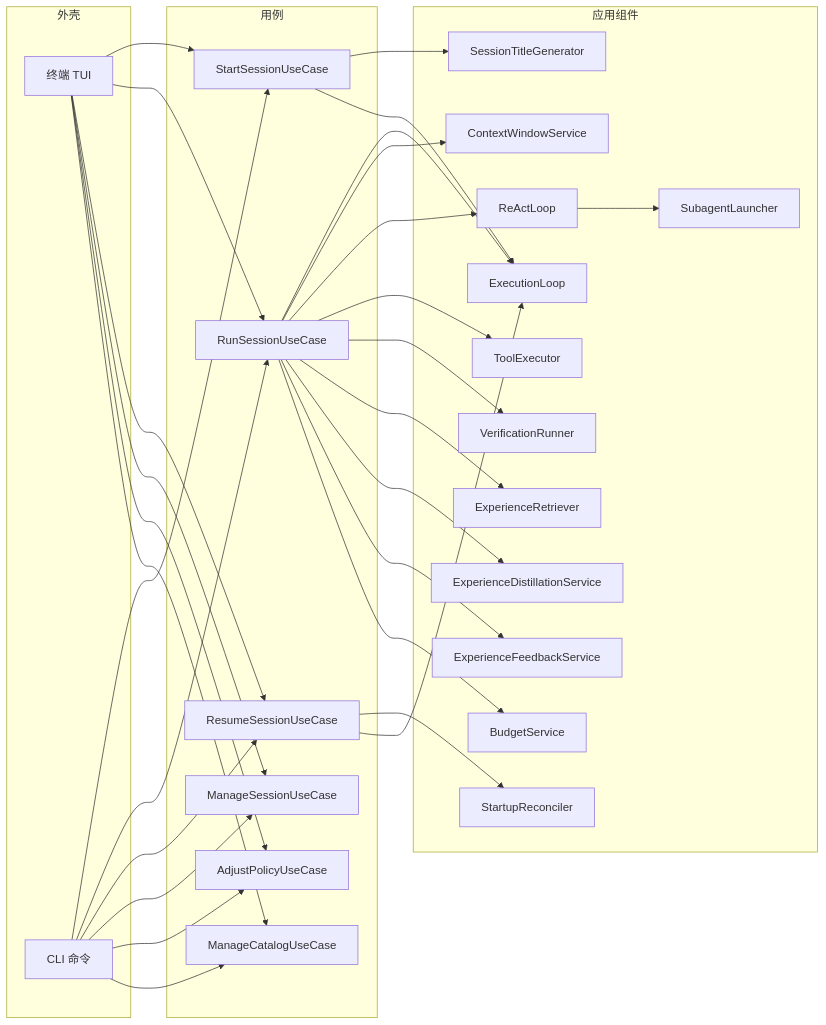
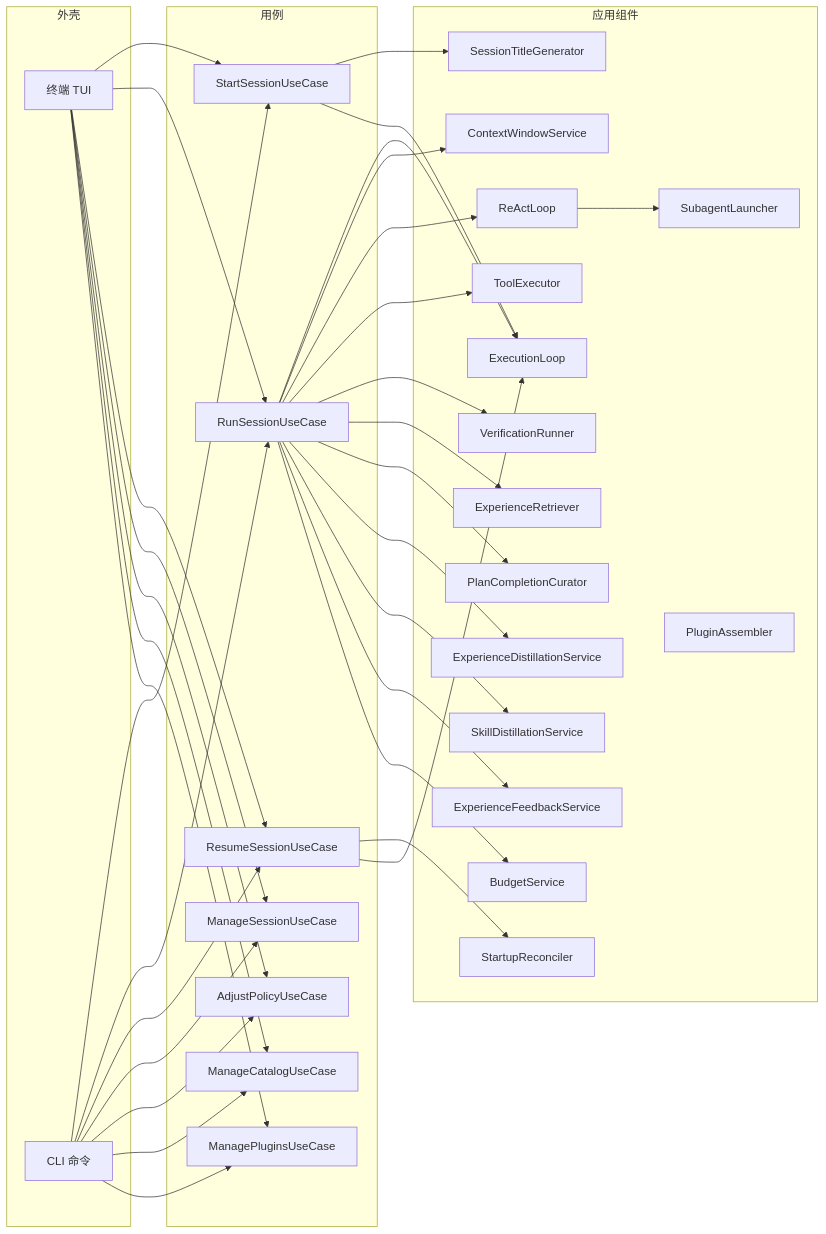
Before and after one commit to zcd0831/Jellyfish-Docs: the second of 10 diagrams in model/模块-应用层.md, drawn with Mermaid. The commit also changed other lines of this file and 16 other files, not shown here.

````diff
--- a/model/模块-应用层.md
+++ b/model/模块-应用层.md
@@ -41,36 +41,40 @@
 ```mermaid
 flowchart LR
     subgraph 外壳
         TUI["终端 TUI"]
         CLI["CLI 命令"]
     end
     subgraph 用例
         U1[StartSessionUseCase]
         U2[RunSessionUseCase]
         U3[ResumeSessionUseCase]
         U4[ManageSessionUseCase]
         U5[AdjustPolicyUseCase]
         U6[ManageCatalogUseCase]
+        U7[ManagePluginsUseCase]
     end
     subgraph 应用组件
         EL[ExecutionLoop]
         RL[ReActLoop]
         CW[ContextWindowService]
         TE[ToolExecutor]
         VR[VerificationRunner]
         EX[ExperienceRetriever]
+        PC[PlanCompletionCurator]
         DS[ExperienceDistillationService]
+        SDS[SkillDistillationService]
         FB[ExperienceFeedbackService]
         TG[SessionTitleGenerator]
         BS[BudgetService]
         SL[SubagentLauncher]
         SR[StartupReconciler]
+        PA[PluginAssembler]
     end
-    TUI --> U1 & U2 & U3 & U4 & U5 & U6
-    CLI --> U1 & U2 & U3 & U4 & U5 & U6
+    TUI --> U1 & U2 & U3 & U4 & U5 & U6 & U7
+    CLI --> U1 & U2 & U3 & U4 & U5 & U6 & U7
     U1 --> TG & EL
     U2 --> EL
     U3 --> SR & EL
-    U2 --> CW & RL & TE & VR & EX & DS & FB & BS
+    U2 --> CW & RL & TE & VR & EX & PC & DS & SDS & FB & BS
     RL --> SL
 ```
````
